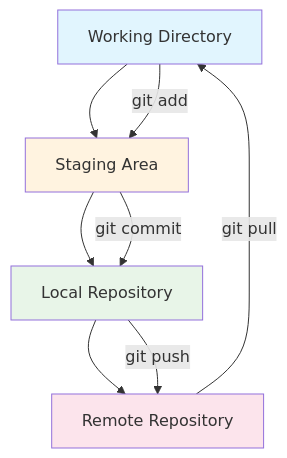
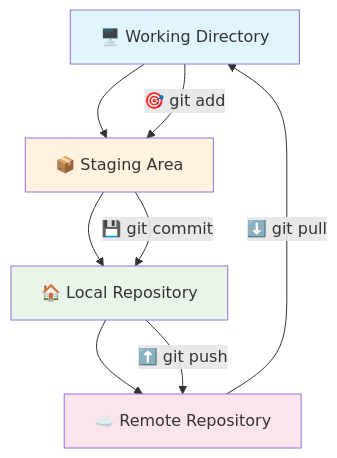
Before and after one commit to thetorangi/all-about-git: the first of 6 diagrams in README.md, drawn with Mermaid. The commit also changed other lines of this file, not shown here.

````diff
--- a/README.md
+++ b/README.md
@@ -47,16 +47,16 @@
 ```mermaid
 graph TD
-    A[Working Directory] --> B[Staging Area]
-    B --> C[Local Repository]
-    C --> D[Remote Repository]
+    A[🖥️ Working Directory] --> B[📦 Staging Area]
+    B --> C[🏠 Local Repository]
+    C --> D[☁️ Remote Repository]
     
-    A -->|git add| B
-    B -->|git commit| C
-    C -->|git push| D
-    D -->|git pull| A
+    A -->|🎯 git add| B
+    B -->|💾 git commit| C
+    C -->|⬆️ git push| D
+    D -->|⬇️ git pull| A
     
     style A fill:#e1f5fe
     style B fill:#fff3e0
     style C fill:#e8f5e8
     style D fill:#fce4ec
 ```
````
